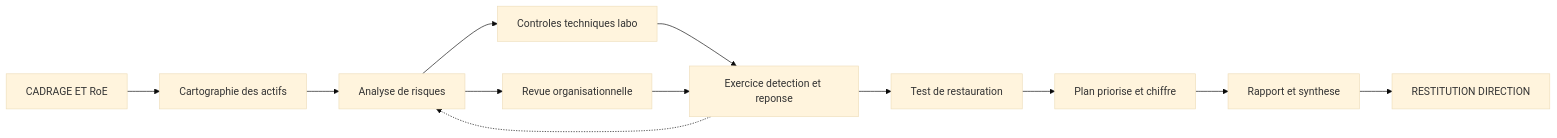
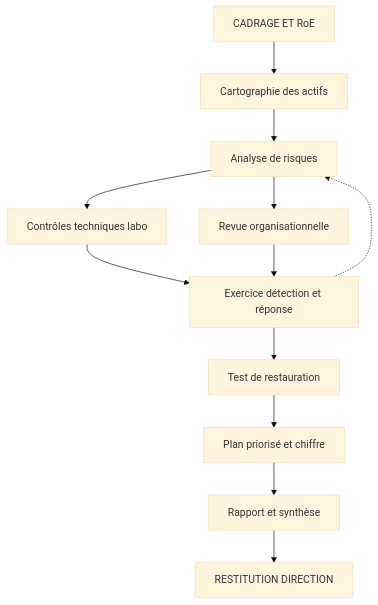
The diagram in courses/reseaux-cybersecurite/40_projet_final_mission_conseil.md (Gooseppr/GevOps_LC), drawn with Mermaid (base theme) before and after one commit. The commit also changed 56 other files, not shown here.

````diff
--- a/courses/reseaux-cybersecurite/40_projet_final_mission_conseil.md
+++ b/courses/reseaux-cybersecurite/40_projet_final_mission_conseil.md
@@ -81,14 +81,14 @@
 ```mermaid
-flowchart LR
+flowchart TD
     A[CADRAGE ET RoE] --> B[Cartographie des actifs]
     B --> C[Analyse de risques]
-    C --> D[Controles techniques labo]
+    C --> D[Contrôles techniques labo]
     C --> E[Revue organisationnelle]
-    D --> F[Exercice detection et reponse]
+    D --> F[Exercice détection et réponse]
     E --> F
     F --> G[Test de restauration]
-    G --> H[Plan priorise et chiffre]
-    H --> I[Rapport et synthese]
+    G --> H[Plan priorisé et chiffre]
+    H --> I[Rapport et synthèse]
     I --> J[RESTITUTION DIRECTION]
     F -.-> C
 ```
````
